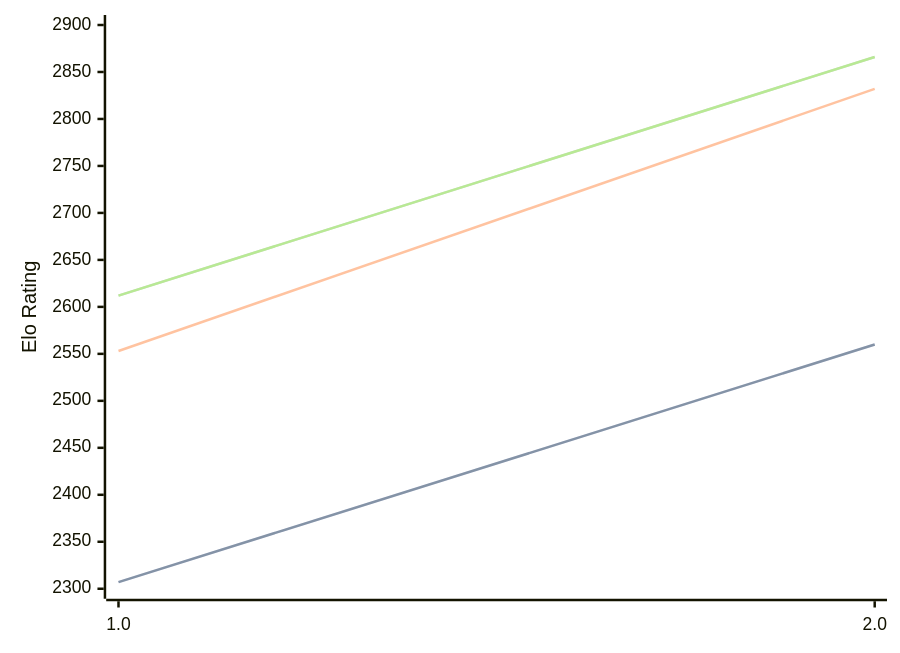
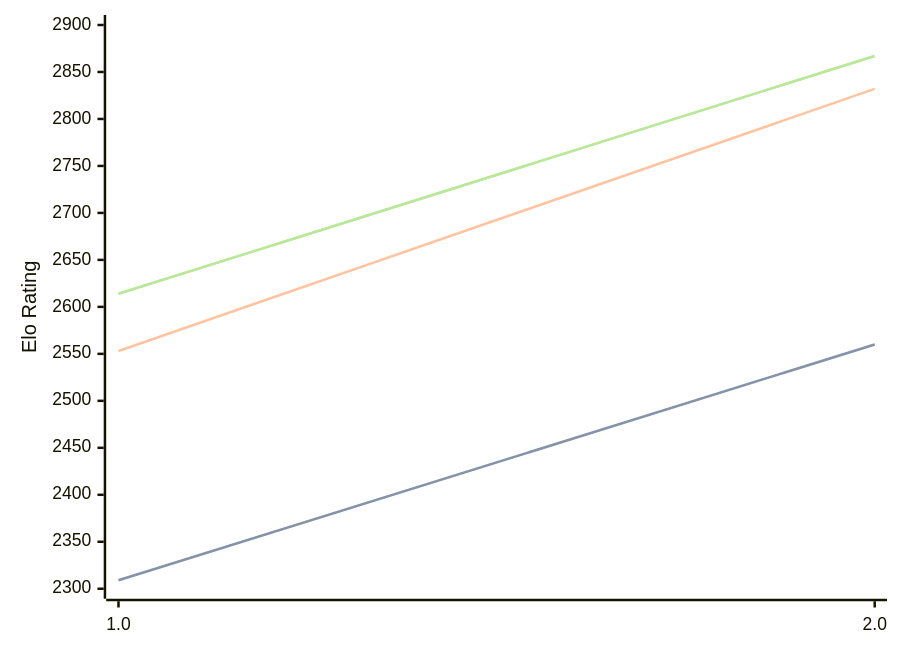
One commit to computer-chess-index/cci changed the diagram in engines/Revolver.md. Above: the diagram before and after it, drawn with Mermaid. The commit also changed other lines of this file, not shown here.

Commit message:
Update CCI Ratings (ELO VLTC) - 2026-05-12

````diff
--- a/engines/Revolver.md
+++ b/engines/Revolver.md
@@ -32,11 +32,11 @@
 ```mermaid
 %%{init: {"theme":"base","themeVariables":{"seriesColors:['#a3a3a3','#222221','#faa371']}}}%%
 xychart-beta
   x-axis ["1.0", "2.0"]
   y-axis "Elo Rating" 2300 --> 2900
-  line "STC (8.0+0.08s)" [2307, 2560]
-  line "STC (8.0+0.08s)" [2307, 2560]
+  line "STC (8.0+0.08s)" [2309, 2560]
+  line "STC (8.0+0.08s)" [2309, 2560]
   line "LTC (60.0+0.60s)" [2553, 2832]
-  line "VLTC (2m24s+1.12s)" [2612, 2866]
-  line "VLTC (2m24s+1.12s)" [2612, 2866]
+  line "VLTC (2m24s+1.12s)" [2614, 2867]
+  line "VLTC (2m24s+1.12s)" [2614, 2867]
 ```
````
